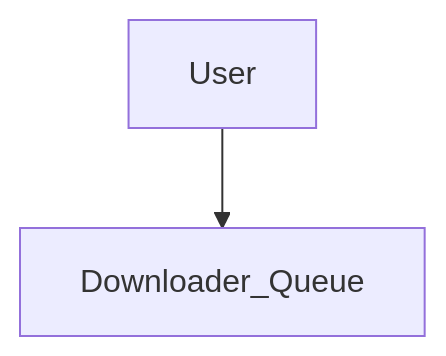
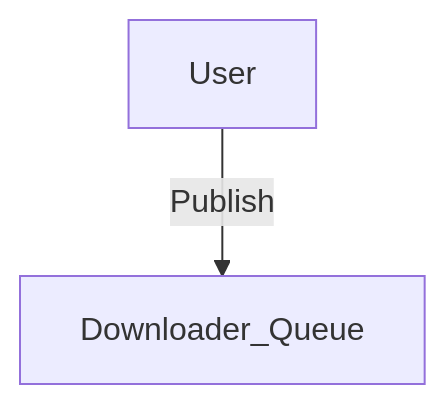
The diagram in README.md (reyapr/mermaid-playground), drawn with Mermaid before and after one commit.

````diff
--- a/README.md
+++ b/README.md
@@ -7,5 +7,5 @@
 ```mermaid
     flowchart TB
-    User --> Downloader_Queue
+    User --> |Publish| Downloader_Queue
 
 ```
````
